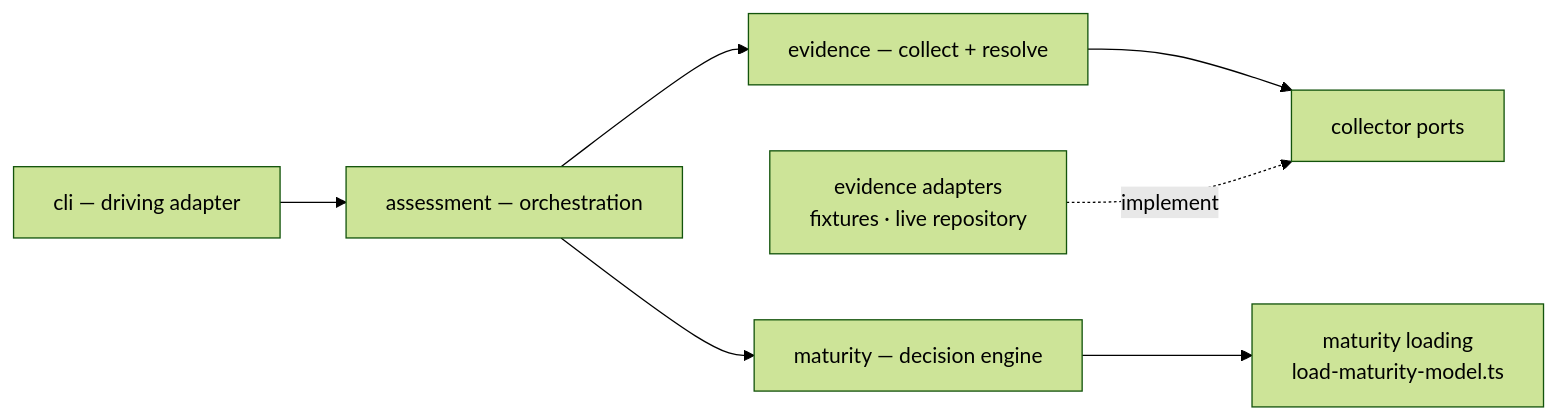
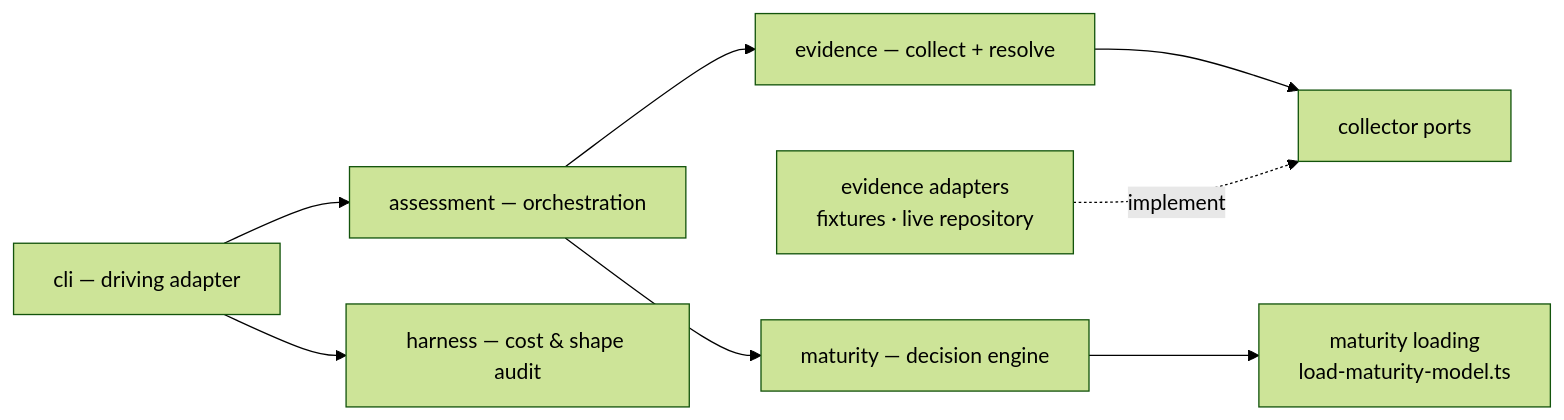
The diagram in aidd_docs/memory/architecture.md (BlandineRdl/aidd-audit), drawn with Mermaid (forest theme) before and after one commit. The commit also changed other lines of this file and 65 other files, not shown here.

First line of the commit message:
feat(harness): audit Claude context cost

````diff
--- a/aidd_docs/memory/architecture.md
+++ b/aidd_docs/memory/architecture.md
@@ -22,12 +22,13 @@
 ```mermaid id="wjrf9s"
 flowchart LR
   CLI["cli — driving adapter"] --> ASSESS["assessment — orchestration"]
+  CLI --> HARN["harness — cost & shape audit"]
 
   ASSESS --> EV["evidence — collect + resolve"]
   ASSESS --> MAT["maturity — decision engine"]
 
   EV --> EPORT["collector ports"]
   MAT --> MAD["maturity loading<br/>load-maturity-model.ts"]
 
   EAD["evidence adapters<br/>fixtures · live repository"] -.->|implement| EPORT
 ```
````
